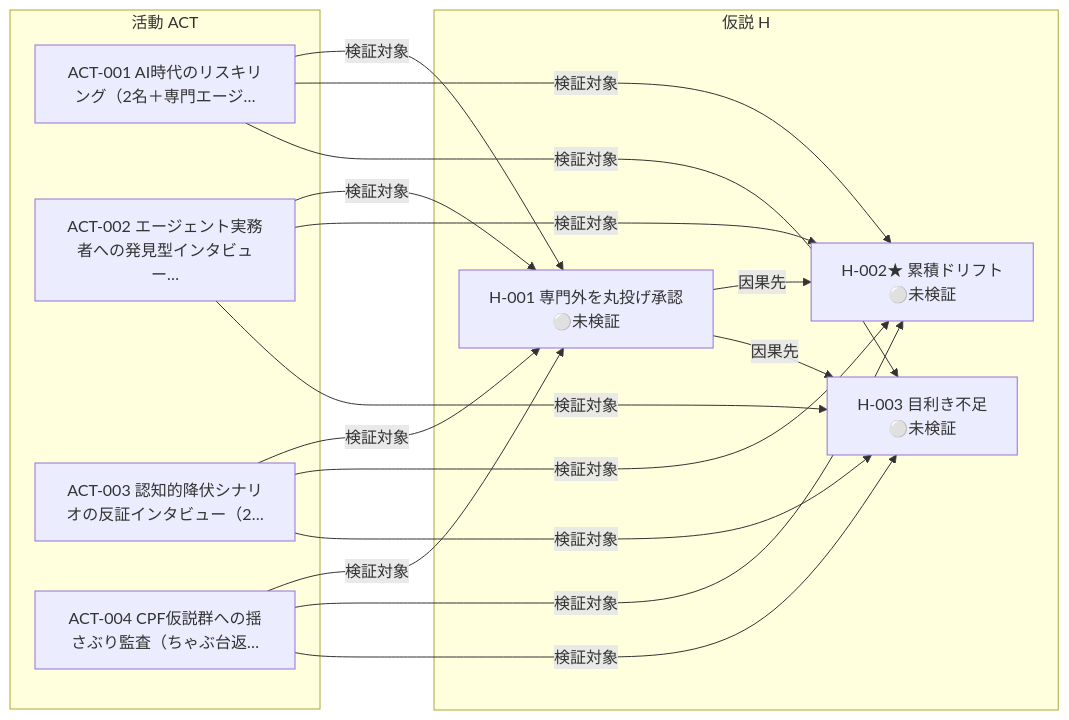
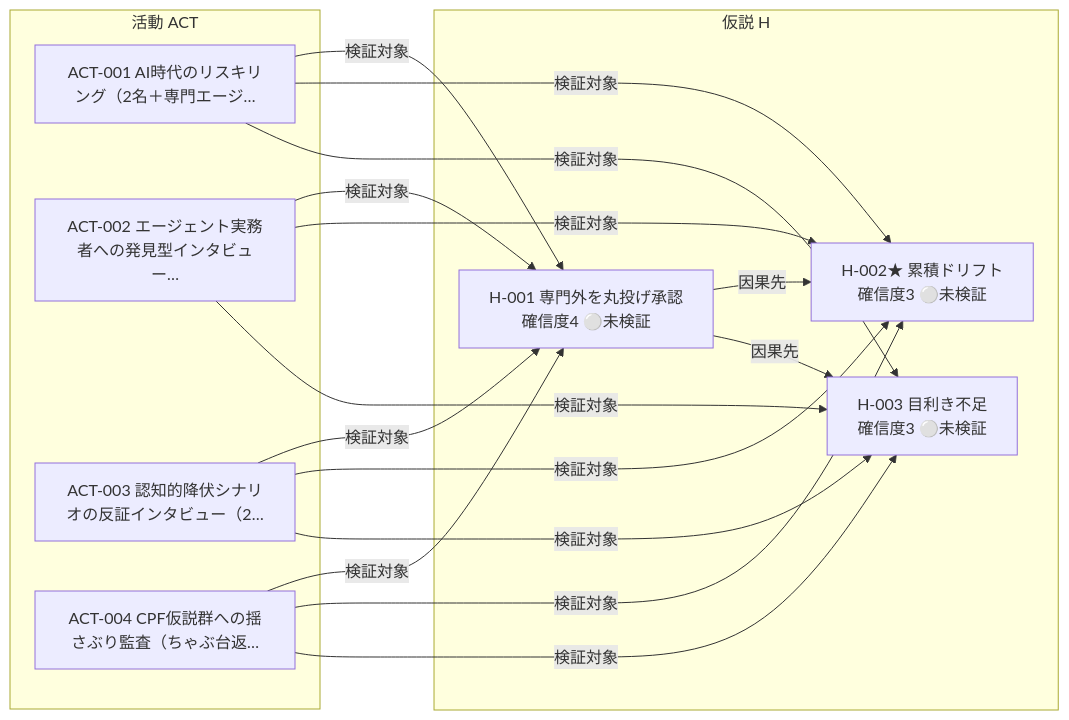
The diagram in projects/ai-reskilling/wiki/views/relations.md (haru01/hypothesis-wiki), drawn with Mermaid before and after one commit. The commit also changed 2 other files, not shown here.

Commit message:
relations ビュー: 反証済み価値と確信度を可視化（chabudai 観点の実効化）
chabudai の連鎖観点の動作確認で見つかった relations ビューの欠落を修正。

- 修正B（盲点）: addresses フィット表が反証済みソリューションでも「カバー済み」と
  表示していた。反証の価値に ⚠️反証 を付し、「実質未カバー（反証された価値でしか
  対応されていない）」を新たに集計。self では H-004/006/008 が該当（唯一の価値 H-009 が反証）
- 修正C（usability）: 関係グラフのノードに確信度を表示（list ビューと同形式）。
  下流への反証伝播・派生系譜の発散の観点をビュー単体で回せるようにする

gen_relations のみの変更で list/board は不変。読み取り専用の射影で確信度・
ステータスは変更しない。

Claude-Session: https://claude.ai/code/session_019X7iExxYXnZYnN9Xw4wKUB

````diff
--- a/projects/ai-reskilling/wiki/views/relations.md
+++ b/projects/ai-reskilling/wiki/views/relations.md
@@ -10,28 +10,28 @@
 ```mermaid
 flowchart LR
     subgraph H["仮説 H"]
-      AIRE_H_001["H-001 専門外を丸投げ承認<br/>⚪未検証"]
-      AIRE_H_002["H-002★ 累積ドリフト<br/>⚪未検証"]
-      AIRE_H_003["H-003 目利き不足<br/>⚪未検証"]
+      AIRE_H_001["H-001 専門外を丸投げ承認<br/>確信度4 ⚪未検証"]
+      AIRE_H_002["H-002★ 累積ドリフト<br/>確信度3 ⚪未検証"]
+      AIRE_H_003["H-003 目利き不足<br/>確信度3 ⚪未検証"]
     end
     subgraph ACT["活動 ACT"]
       AIRE_ACT_001["ACT-001 AI時代のリスキリング（2名＋専門エージ…"]
       AIRE_ACT_002["ACT-002 エージェント実務者への発見型インタビュー…"]
       AIRE_ACT_003["ACT-003 認知的降伏シナリオの反証インタビュー（2…"]
       AIRE_ACT_004["ACT-004 CPF仮説群への揺さぶり監査（ちゃぶ台返…"]
     end
     AIRE_H_001 -->|因果先| AIRE_H_002
     AIRE_H_001 -->|因果先| AIRE_H_003
     AIRE_ACT_001 -->|検証対象| AIRE_H_001
     AIRE_ACT_001 -->|検証対象| AIRE_H_002
     AIRE_ACT_001 -->|検証対象| AIRE_H_003
     AIRE_ACT_002 -->|検証対象| AIRE_H_001
     AIRE_ACT_002 -->|検証対象| AIRE_H_002
     AIRE_ACT_002 -->|検証対象| AIRE_H_003
     AIRE_ACT_003 -->|検証対象| AIRE_H_001
     AIRE_ACT_003 -->|検証対象| AIRE_H_002
     AIRE_ACT_003 -->|検証対象| AIRE_H_003
     AIRE_ACT_004 -->|検証対象| AIRE_H_001
     AIRE_ACT_004 -->|検証対象| AIRE_H_002
     AIRE_ACT_004 -->|検証対象| AIRE_H_003
 ```
````
